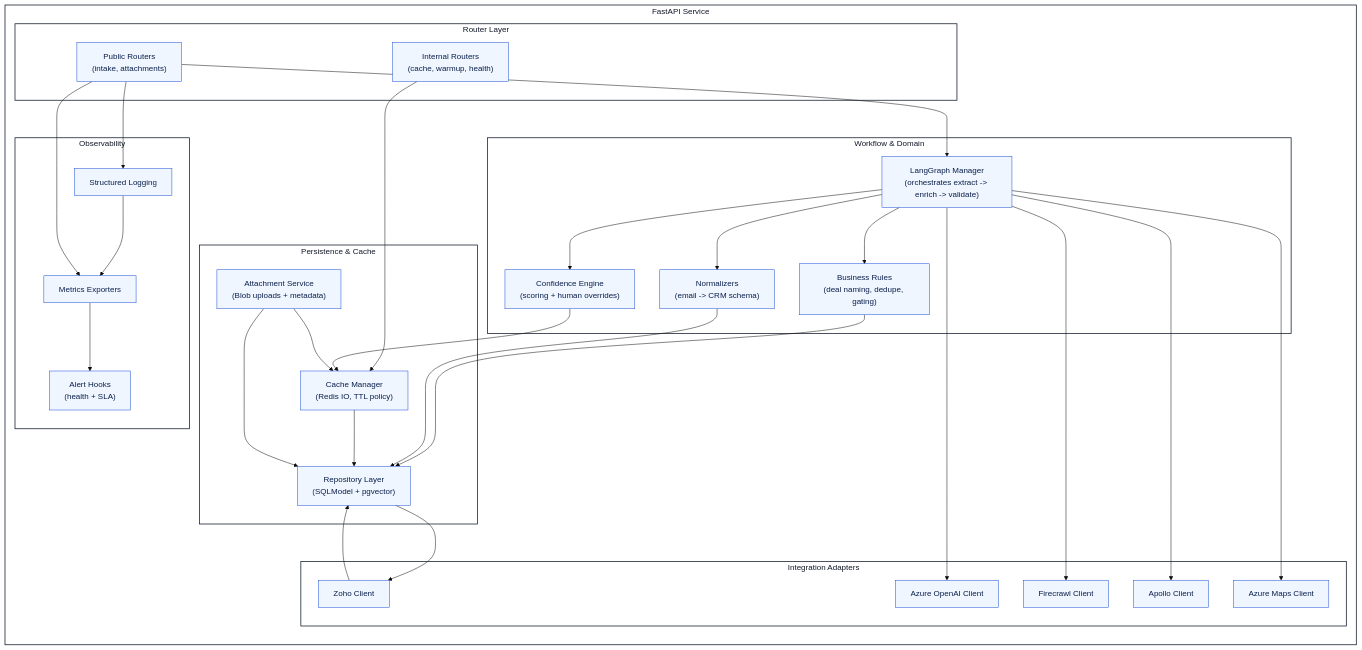
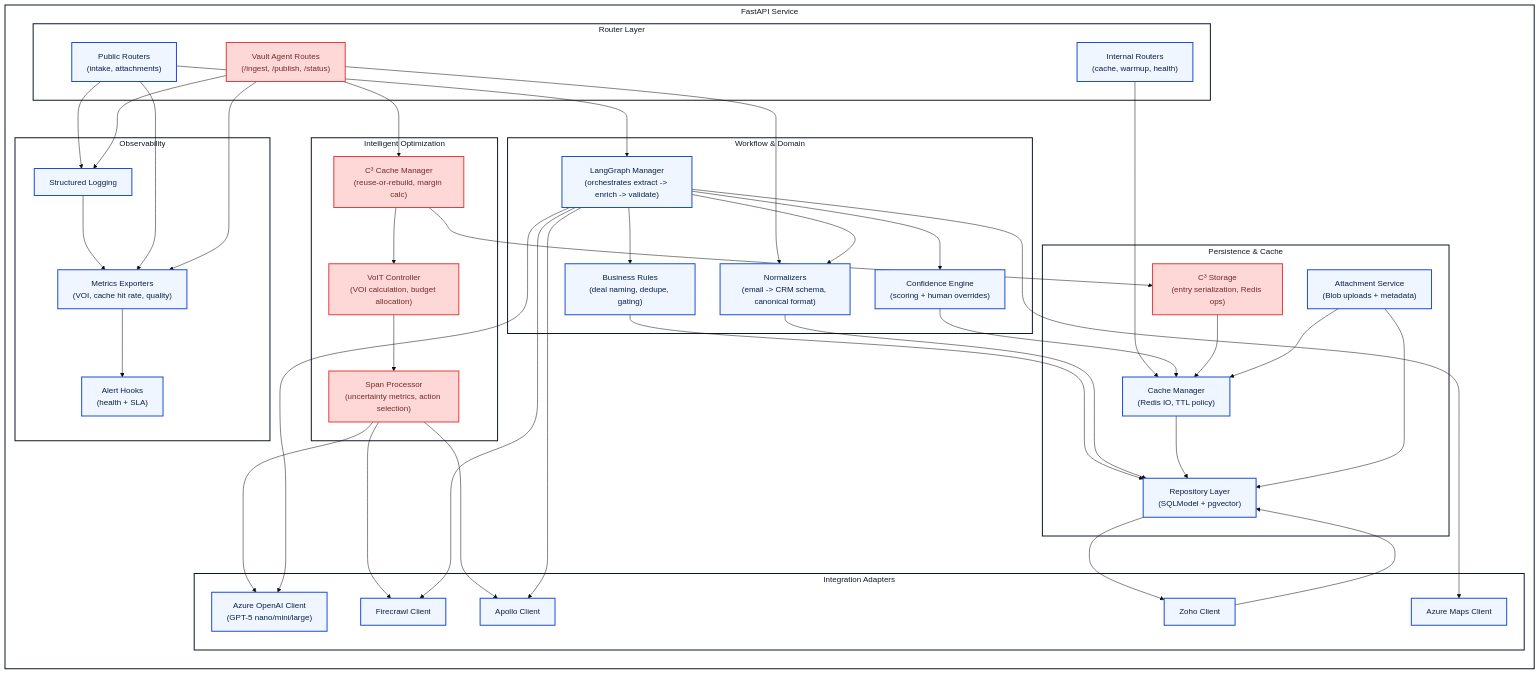
One commit to romiteld/ZohoDealCreation changed the fifth of 8 diagrams in README.md. Above: the diagram before and after it, drawn with Mermaid (base theme). The commit also changed other lines of this file, not shown here.

````diff
--- a/README.md
+++ b/README.md
@@ -257,59 +508,79 @@
 ```mermaid
 flowchart LR
-    classDef comp fill:#EFF6FF,stroke:#1D4ED8,color:#0B1F4B,stroke-width:1px;
-    classDef boundary stroke:#0F172A,stroke-width:1.5px,fill:#FFFFFF,color:#111827;
+    classDef comp fill:#EFF6FF,stroke:#1D4ED8,color:#0B1F4B,stroke-width:2px;
+    classDef boundary stroke:#0F172A,stroke-width:2px,fill:#FFFFFF,color:#111827;
+    classDef intelligent fill:#FED7D7,stroke:#E53E3E,color:#742A2A,stroke-width:2px;
 
     subgraph Boundary["FastAPI Service"]
         subgraph RouterLayer["Router Layer"]
             Public["Public Routers\n(intake, attachments)"]
             Internal["Internal Routers\n(cache, warmup, health)"]
+            VaultRoutes["Vault Agent Routes\n(/ingest, /publish, /status)"]
+        end
+        subgraph IntelligentLayer["Intelligent Optimization"]
+            VoITController["VoIT Controller\n(VOI calculation, budget allocation)"]
+            C3Manager["C³ Cache Manager\n(reuse-or-rebuild, margin calc)"]
+            SpanProcessor["Span Processor\n(uncertainty metrics, action selection)"]
         end
         subgraph WorkflowLayer["Workflow & Domain"]
             GraphMgr["LangGraph Manager\n(orchestrates extract -> enrich -> validate)"]
             Rules["Business Rules\n(deal naming, dedupe, gating)"]
-            Normalizers["Normalizers\n(email -> CRM schema)"]
+            Normalizers["Normalizers\n(email -> CRM schema, canonical format)"]
             Confidence["Confidence Engine\n(scoring + human overrides)"]
         end
         subgraph IntegrationLayer["Integration Adapters"]
             ZohoClient["Zoho Client"]
             FirecrawlClient["Firecrawl Client"]
             ApolloClient["Apollo Client"]
             MapsClient["Azure Maps Client"]
-            OpenAIClient["Azure OpenAI Client"]
+            OpenAIClient["Azure OpenAI Client\n(GPT-5 nano/mini/large)"]
         end
         subgraph PersistenceLayer["Persistence & Cache"]
             Repo["Repository Layer\n(SQLModel + pgvector)"]
             CacheMgr["Cache Manager\n(Redis IO, TTL policy)"]
+            C3Storage["C³ Storage\n(entry serialization, Redis ops)"]
             BlobSvc["Attachment Service\n(Blob uploads + metadata)"]
         end
         subgraph ObservabilityLayer["Observability"]
             Logging["Structured Logging"]
-            Metrics["Metrics Exporters"]
+            Metrics["Metrics Exporters\n(VOI, cache hit rate, quality)"]
             Alerts["Alert Hooks\n(health + SLA)"]
         end
     end
-    class Boundary,RouterLayer,WorkflowLayer,IntegrationLayer,PersistenceLayer,ObservabilityLayer boundary;
+    class Boundary,RouterLayer,WorkflowLayer,IntegrationLayer,PersistenceLayer,ObservabilityLayer,IntelligentLayer boundary;
     class Public,Internal,GraphMgr,Rules,Normalizers,Confidence,ZohoClient,FirecrawlClient,ApolloClient,MapsClient,OpenAIClient,Repo,CacheMgr,BlobSvc,Logging,Metrics,Alerts comp;
+    class VaultRoutes,VoITController,C3Manager,SpanProcessor,C3Storage intelligent;
 
     Public --> GraphMgr
     Internal --> CacheMgr
+    VaultRoutes --> Normalizers
+    VaultRoutes --> C3Manager
+    C3Manager --> C3Storage
+    C3Manager --> VoITController
+    VoITController --> SpanProcessor
+    SpanProcessor --> OpenAIClient
+    SpanProcessor --> FirecrawlClient
+    SpanProcessor --> ApolloClient
     GraphMgr --> Rules
     GraphMgr --> Normalizers
     GraphMgr --> Confidence
     Rules --> Repo
     Normalizers --> Repo
     Confidence --> CacheMgr
     CacheMgr --> Repo
+    C3Storage --> CacheMgr
     Repo --> ZohoClient
     ZohoClient --> Repo
     GraphMgr --> OpenAIClient
     GraphMgr --> FirecrawlClient
     GraphMgr --> ApolloClient
     GraphMgr --> MapsClient
     BlobSvc --> Repo
     BlobSvc --> CacheMgr
     Logging --> Metrics
     Metrics --> Alerts
     Public --> Logging
     Public --> Metrics
+    VaultRoutes --> Logging
+    VaultRoutes --> Metrics
 ```
````
